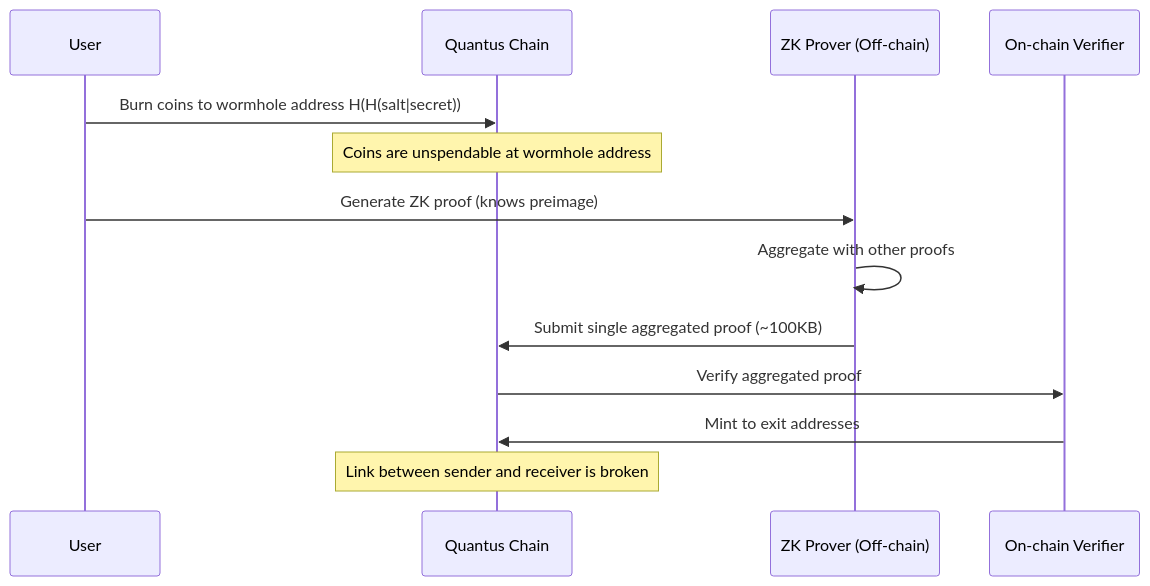
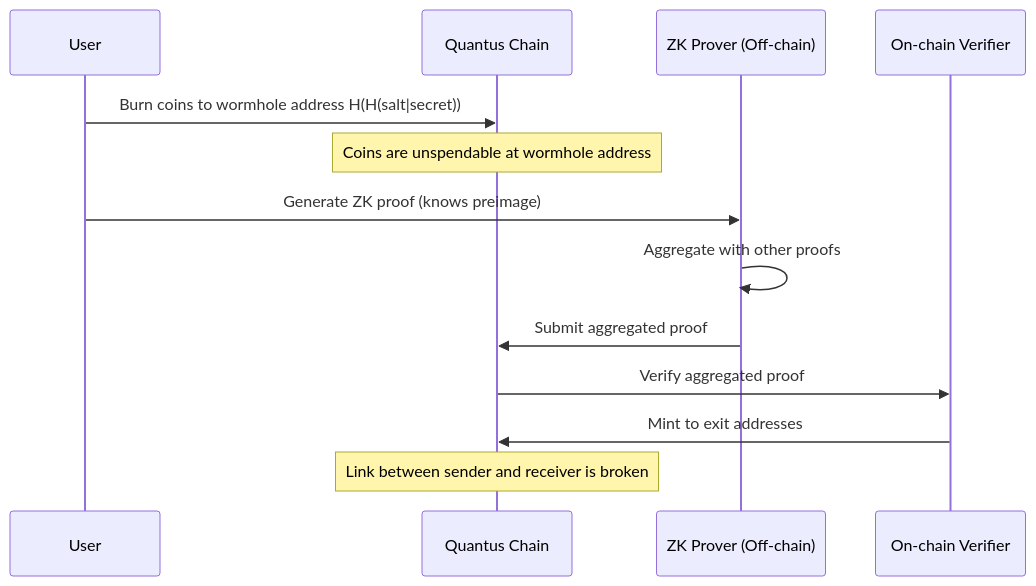
One commit to Quantus-Network/docs changed the first of 3 diagrams in docs/deep-dives/wormhole.md. Above: the diagram before and after it, drawn with Mermaid. The commit also changed other lines of this file and 2 other files, not shown here.

````diff
--- a/docs/deep-dives/wormhole.md
+++ b/docs/deep-dives/wormhole.md
@@ -18,16 +18,16 @@
 ```mermaid
 sequenceDiagram
     participant User
     participant Chain as Quantus Chain
     participant Prover as ZK Prover (Off-chain)
     participant Verifier as On-chain Verifier
 
     User->>Chain: Burn coins to wormhole address H(H(salt|secret))
     Note over Chain: Coins are unspendable at wormhole address
     User->>Prover: Generate ZK proof (knows preimage)
     Prover->>Prover: Aggregate with other proofs
-    Prover->>Chain: Submit single aggregated proof (~100KB)
+    Prover->>Chain: Submit aggregated proof
     Chain->>Verifier: Verify aggregated proof
     Verifier->>Chain: Mint to exit addresses
     Note over Chain: Link between sender and receiver is broken
 ```
````
